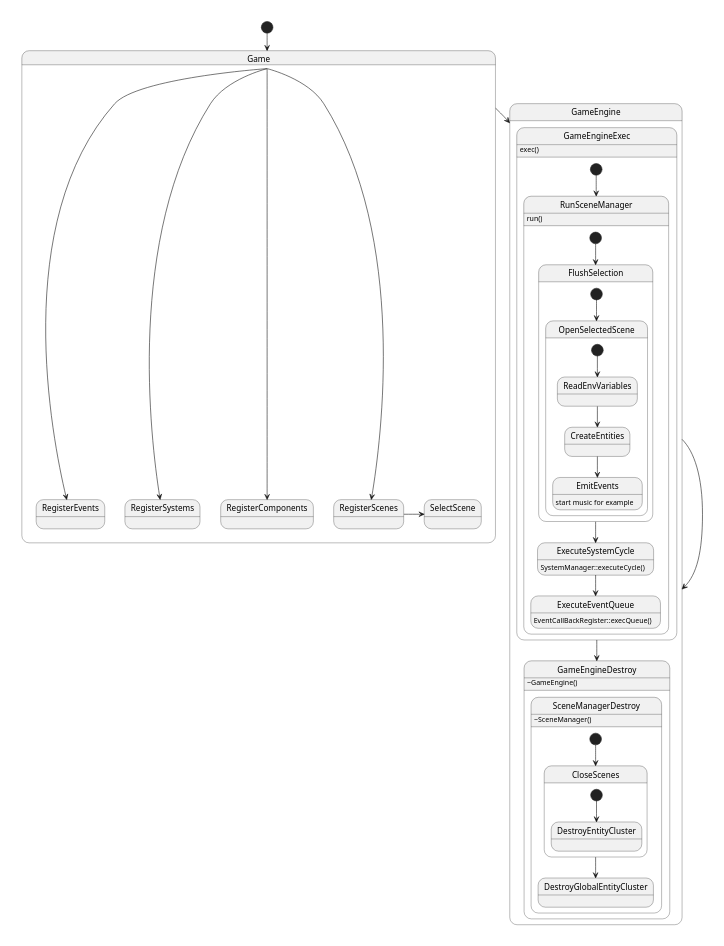
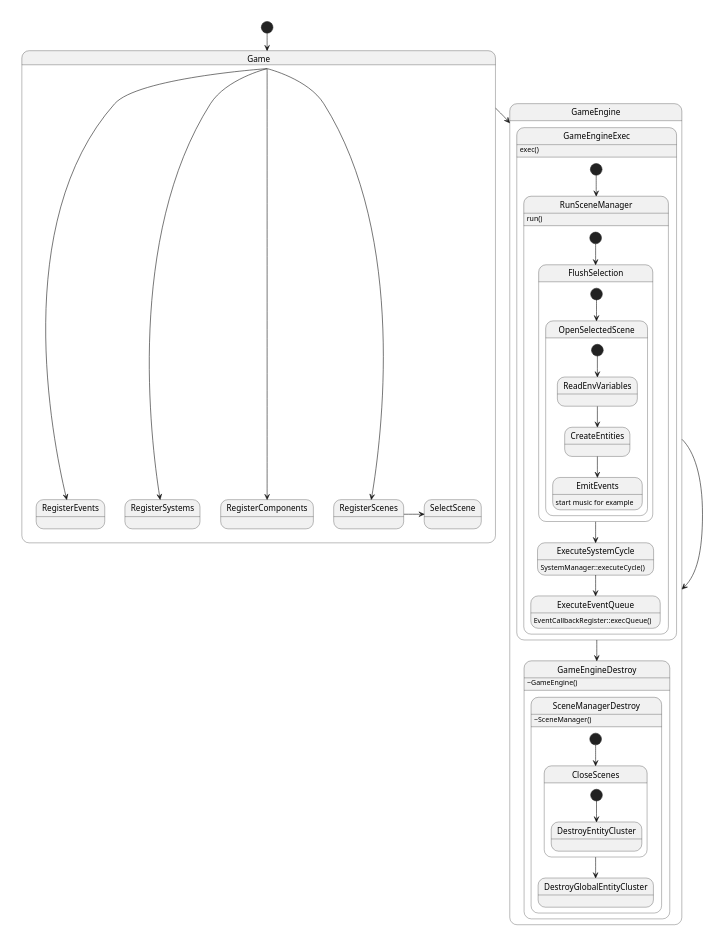
The diagram in doc/GameEngineState.puml (SimonRacaud/RType-engine), drawn with PlantUML before and after one commit. The commit also changed 12 other files, not shown here.

Commit message:
chore(EventCallbackRegister): changed file name and polished some variable names

```diff
--- a/doc/GameEngineState.puml
+++ b/doc/GameEngineState.puml
@@ -1,54 +1,54 @@
 @startuml
 'https://plantuml.com/state-diagram
 
 scale 350 width
 [*] --> Game
 
 state Game {
     Game --> RegisterComponents
     Game --> RegisterSystems
     Game --> RegisterScenes
     RegisterScenes -> SelectScene
     Game --> RegisterEvents
 }
 
 Game --> GameEngine
 
 state GameEngine {
     state GameEngineExec {
         GameEngineExec : exec()
         [*] --> RunSceneManager
         state RunSceneManager {
             [*] --> FlushSelection
             RunSceneManager : run()
             state FlushSelection {
                 [*] --> OpenSelectedScene
                 state OpenSelectedScene {
                     [*] --> ReadEnvVariables
                     ReadEnvVariables --> CreateEntities
                     CreateEntities --> EmitEvents
                     EmitEvents : start music for example
                 }
             }
             FlushSelection --> ExecuteSystemCycle
             ExecuteSystemCycle : SystemManager::executeCycle()
             ExecuteSystemCycle --> ExecuteEventQueue
-            ExecuteEventQueue : EventCallBackRegister::execQueue()
+            ExecuteEventQueue : EventCallbackRegister::execQueue()
         }
     }
     GameEngineExec --> GameEngineDestroy
     state GameEngineDestroy {
         GameEngineDestroy : ~GameEngine()
         state SceneManagerDestroy {
         SceneManagerDestroy : ~SceneManager()
             [*] --> CloseScenes
             state CloseScenes {
                 [*] --> DestroyEntityCluster
             }
             CloseScenes --> DestroyGlobalEntityCluster
         }
     }
 }
 GameEngine --> GameEngine
 
 @enduml
```
